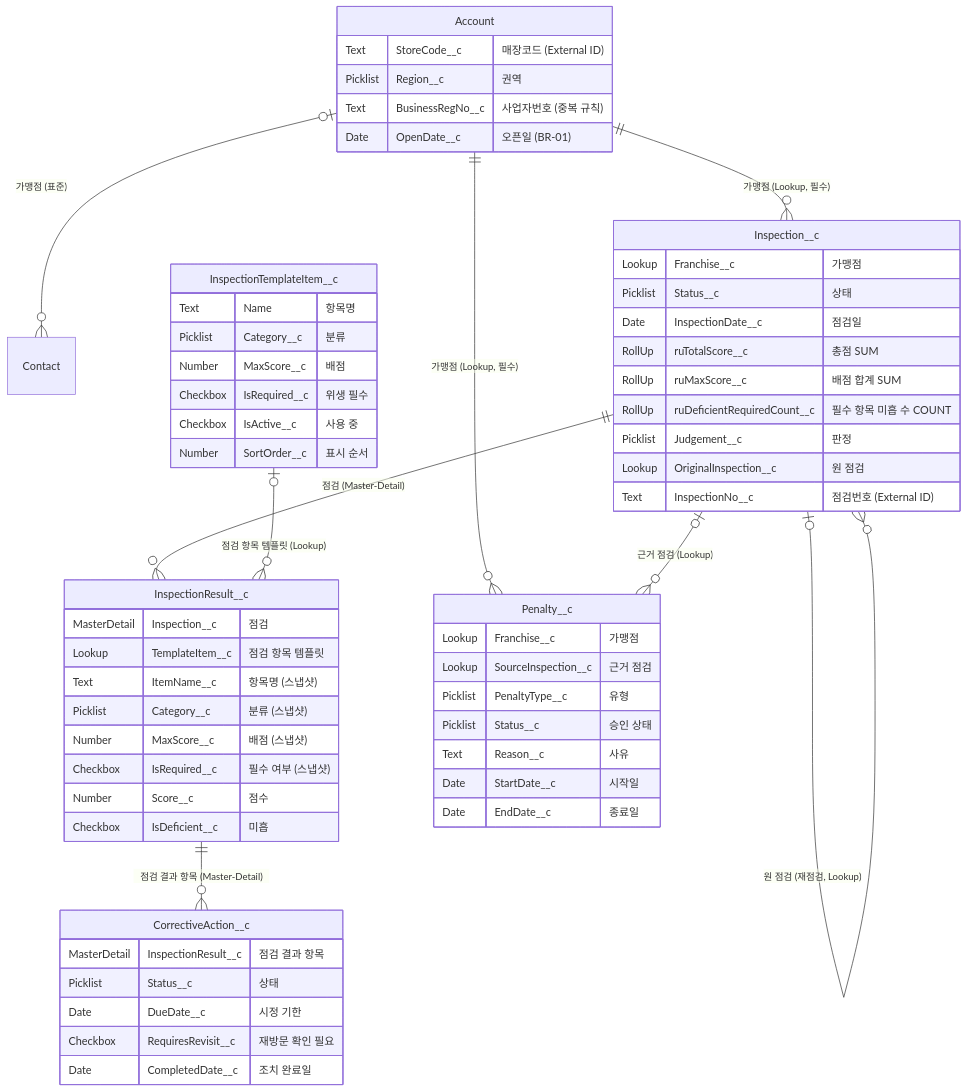
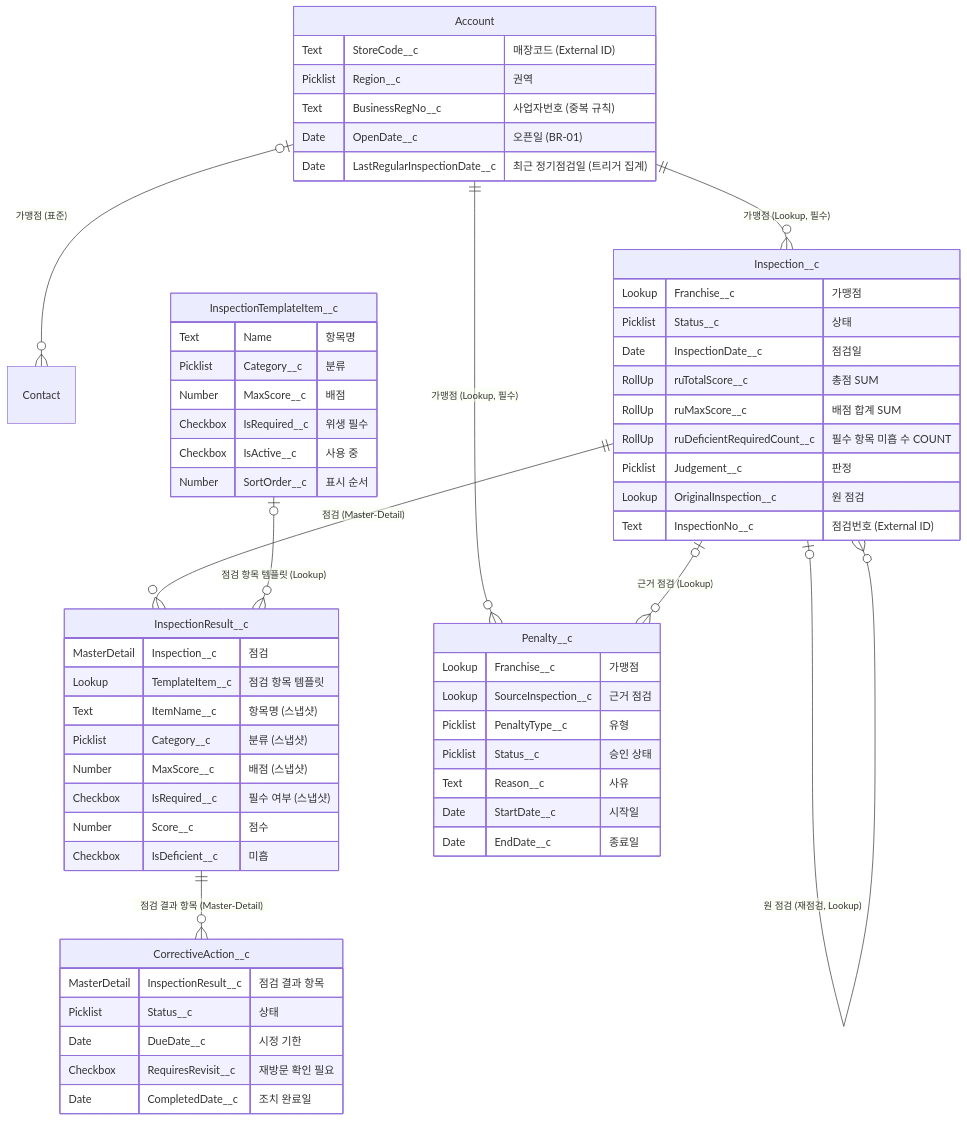
The diagram in docs/ERD.md (EunSeok-222/sfdc-onboarding), drawn with Mermaid before and after one commit. The commit also changed other lines of this file and 3 other files, not shown here.

````diff
--- a/docs/ERD.md
+++ b/docs/ERD.md
@@ -23,64 +23,65 @@
 ```mermaid
 erDiagram
     %% ||  부모 필수 (Master-Detail)   |o  부모 선택 (Lookup)
     Account |o--o{ Contact : "가맹점 (표준)"
     Account ||--o{ Inspection__c : "가맹점 (Lookup, 필수)"
     Inspection__c ||--o{ InspectionResult__c : "점검 (Master-Detail)"
     InspectionTemplateItem__c |o--o{ InspectionResult__c : "점검 항목 템플릿 (Lookup)"
     InspectionResult__c ||--o{ CorrectiveAction__c : "점검 결과 항목 (Master-Detail)"
     Account ||--o{ Penalty__c : "가맹점 (Lookup, 필수)"
     Inspection__c |o--o{ Penalty__c : "근거 점검 (Lookup)"
     Inspection__c |o--o{ Inspection__c : "원 점검 (재점검, Lookup)"
 
     Account {
         Text StoreCode__c "매장코드 (External ID)"
         Picklist Region__c "권역"
         Text BusinessRegNo__c "사업자번호 (중복 규칙)"
         Date OpenDate__c "오픈일 (BR-01)"
+        Date LastRegularInspectionDate__c "최근 정기점검일 (트리거 집계)"
     }
     Inspection__c {
         Lookup Franchise__c "가맹점"
         Picklist Status__c "상태"
         Date InspectionDate__c "점검일"
         RollUp ruTotalScore__c "총점 SUM"
         RollUp ruMaxScore__c "배점 합계 SUM"
         RollUp ruDeficientRequiredCount__c "필수 항목 미흡 수 COUNT"
         Picklist Judgement__c "판정"
         Lookup OriginalInspection__c "원 점검"
         Text InspectionNo__c "점검번호 (External ID)"
     }
     InspectionResult__c {
         MasterDetail Inspection__c "점검"
         Lookup TemplateItem__c "점검 항목 템플릿"
         Text ItemName__c "항목명 (스냅샷)"
         Picklist Category__c "분류 (스냅샷)"
         Number MaxScore__c "배점 (스냅샷)"
         Checkbox IsRequired__c "필수 여부 (스냅샷)"
         Number Score__c "점수"
         Checkbox IsDeficient__c "미흡"
     }
     InspectionTemplateItem__c {
         Text Name "항목명"
         Picklist Category__c "분류"
         Number MaxScore__c "배점"
         Checkbox IsRequired__c "위생 필수"
         Checkbox IsActive__c "사용 중"
         Number SortOrder__c "표시 순서"
     }
     CorrectiveAction__c {
         MasterDetail InspectionResult__c "점검 결과 항목"
         Picklist Status__c "상태"
         Date DueDate__c "시정 기한"
         Checkbox RequiresRevisit__c "재방문 확인 필요"
         Date CompletedDate__c "조치 완료일"
     }
     Penalty__c {
         Lookup Franchise__c "가맹점"
         Lookup SourceInspection__c "근거 점검"
         Picklist PenaltyType__c "유형"
         Picklist Status__c "승인 상태"
         Text Reason__c "사유"
         Date StartDate__c "시작일"
         Date EndDate__c "종료일"
     }
 ```
````
